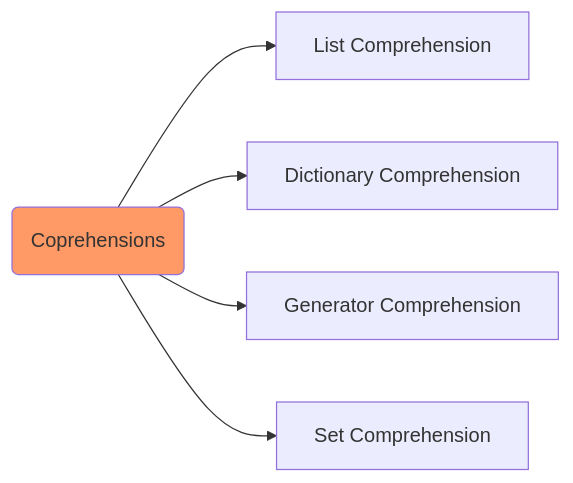
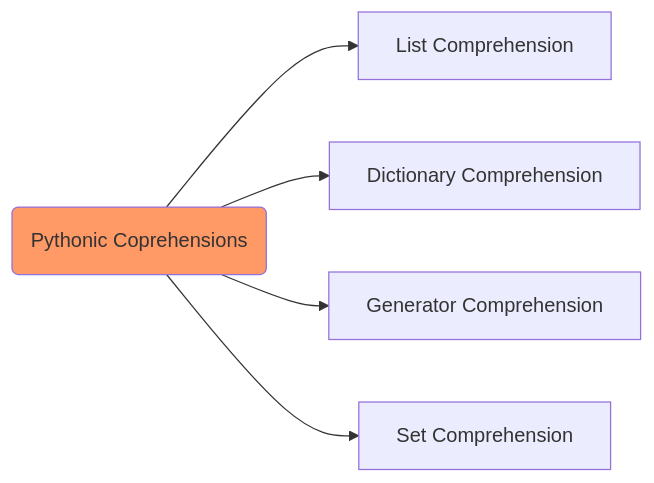
One commit to avimehenwal/python.avimehenwal changed the second of 2 diagrams in docs/Tutorials/01_rudimentry.md. Above: the diagram before and after it, drawn with Mermaid. The commit also changed other lines of this file and 9 other files, not shown here.

````diff
--- a/docs/Tutorials/01_rudimentry.md
+++ b/docs/Tutorials/01_rudimentry.md
@@ -80,11 +89,11 @@
 ```mermaid
 graph LR
-A(Coprehensions):::orange --> B[List Comprehension]
+A(Pythonic Coprehensions):::orange --> B[List Comprehension]
 A --> C[Dictionary Comprehension]
 A --> D[Generator Comprehension]
 A --> E[Set Comprehension]
 
 
 classDef orange fill:#f96;
 classDef purple fill:#f9f,stroke:#333,stroke-width:4px;
 ```
````
